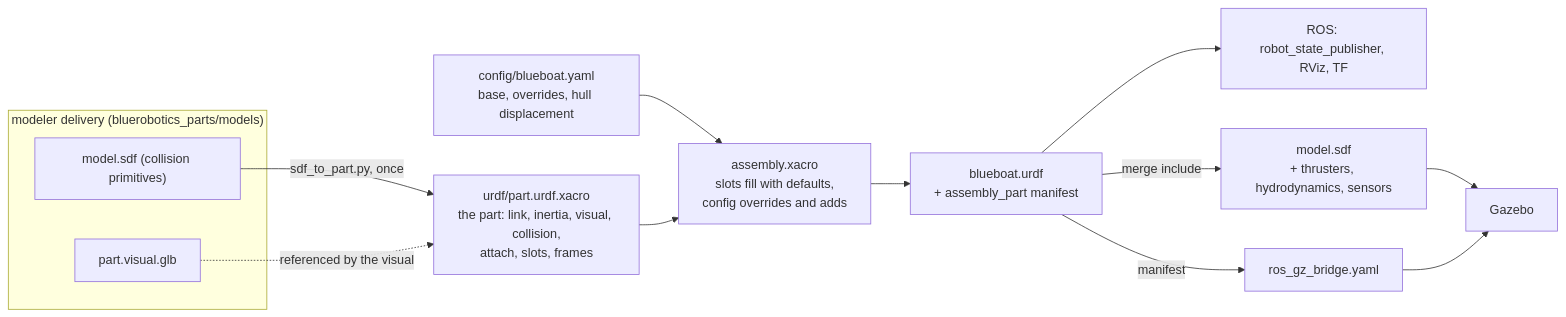
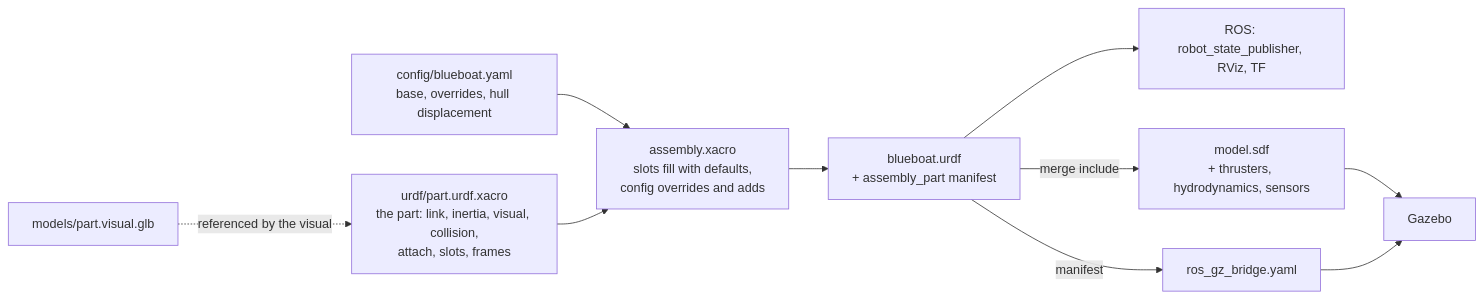
The diagram in docs/design/architecture.md (HonuRobotics/bluerobotics_models), drawn with Mermaid before and after one commit. The commit also changed other lines of this file and 123 other files, not shown here.

````diff
--- a/docs/design/architecture.md
+++ b/docs/design/architecture.md
@@ -8,17 +8,14 @@
 ```{mermaid}
 flowchart LR
-  subgraph delivery ["modeler delivery (bluerobotics_parts/models)"]
-    GLB["part.visual.glb"]
-    SDF["model.sdf (collision primitives)"]
-  end
-  SDF -- "sdf_to_part.py, once" --> PART["urdf/part.urdf.xacro<br/>the part: link, inertia, visual, collision,<br/>attach, slots, frames"]
+  GLB["models/part.visual.glb"]
+  PART["urdf/part.urdf.xacro<br/>the part: link, inertia, visual, collision,<br/>attach, slots, frames"]
   GLB -. "referenced by the visual" .-> PART
   CFG["config/blueboat.yaml<br/>base, overrides, hull displacement"] --> ASM["assembly.xacro<br/>slots fill with defaults,<br/>config overrides and adds"]
   PART --> ASM
   ASM --> URDF["blueboat.urdf<br/>+ assembly_part manifest"]
   URDF --> ROS["ROS: robot_state_publisher, RViz, TF"]
   URDF -- "merge include" --> MODEL["model.sdf<br/>+ thrusters, hydrodynamics, sensors"]
   URDF -- "manifest" --> BRIDGE["ros_gz_bridge.yaml"]
   MODEL --> GZ["Gazebo"]
   BRIDGE --> GZ
 ```
````
